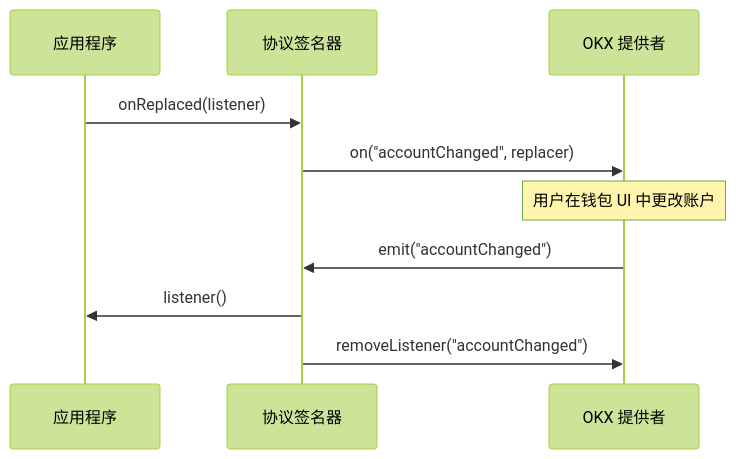
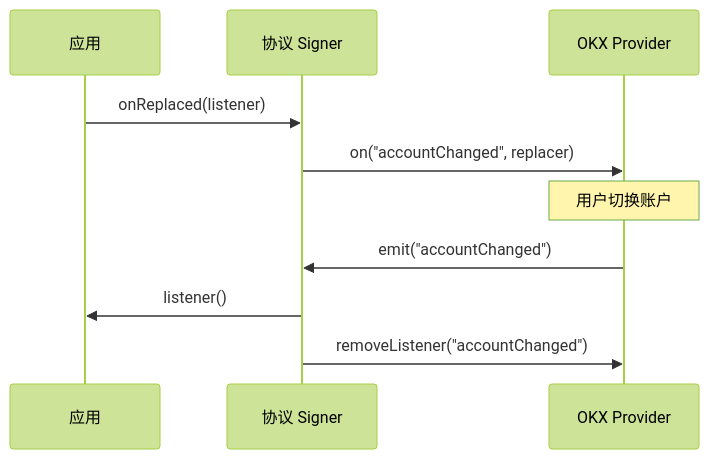
The third of 3 diagrams in packages/ccc-docs/content/docs/packages/wallet-integrations/okx.zh.mdx (ckb-devrel/ccc), drawn with Mermaid (forest theme) before and after one commit. The commit also changed other lines of this file and 61 other files, not shown here.

````diff
--- a/packages/ccc-docs/content/docs/packages/wallet-integrations/okx.zh.mdx
+++ b/packages/ccc-docs/content/docs/packages/wallet-integrations/okx.zh.mdx
@@ -129,15 +123,15 @@
 ```mermaid
 sequenceDiagram
-    participant App as 应用程序
-    participant Signer as 协议签名器
-    participant Provider as OKX 提供者
-    
+    participant App as 应用
+    participant Signer as 协议 Signer
+    participant Provider as OKX Provider
+
     App->>Signer: onReplaced(listener)
     Signer->>Provider: on("accountChanged", replacer)
-    
-    Note over Provider: 用户在钱包 UI 中更改账户
-    
+
+    Note over Provider: 用户切换账户
+
     Provider->>Signer: emit("accountChanged")
     Signer->>App: listener()
     Signer->>Provider: removeListener("accountChanged")
 ```
````
